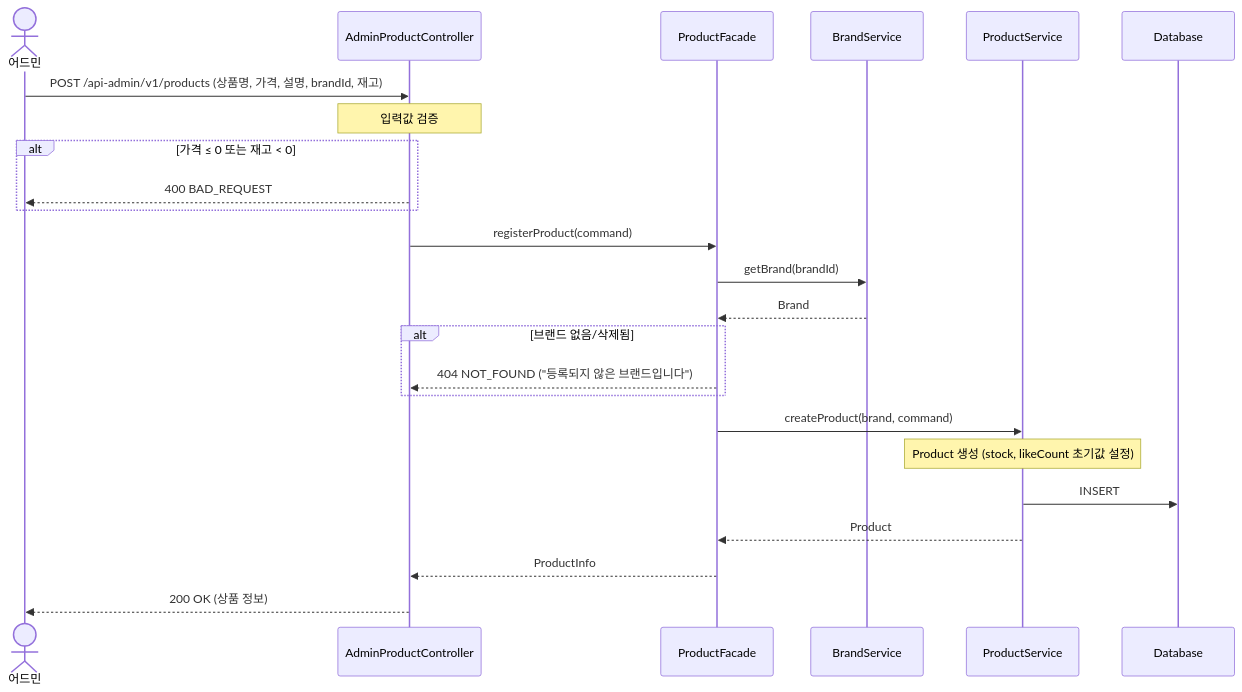
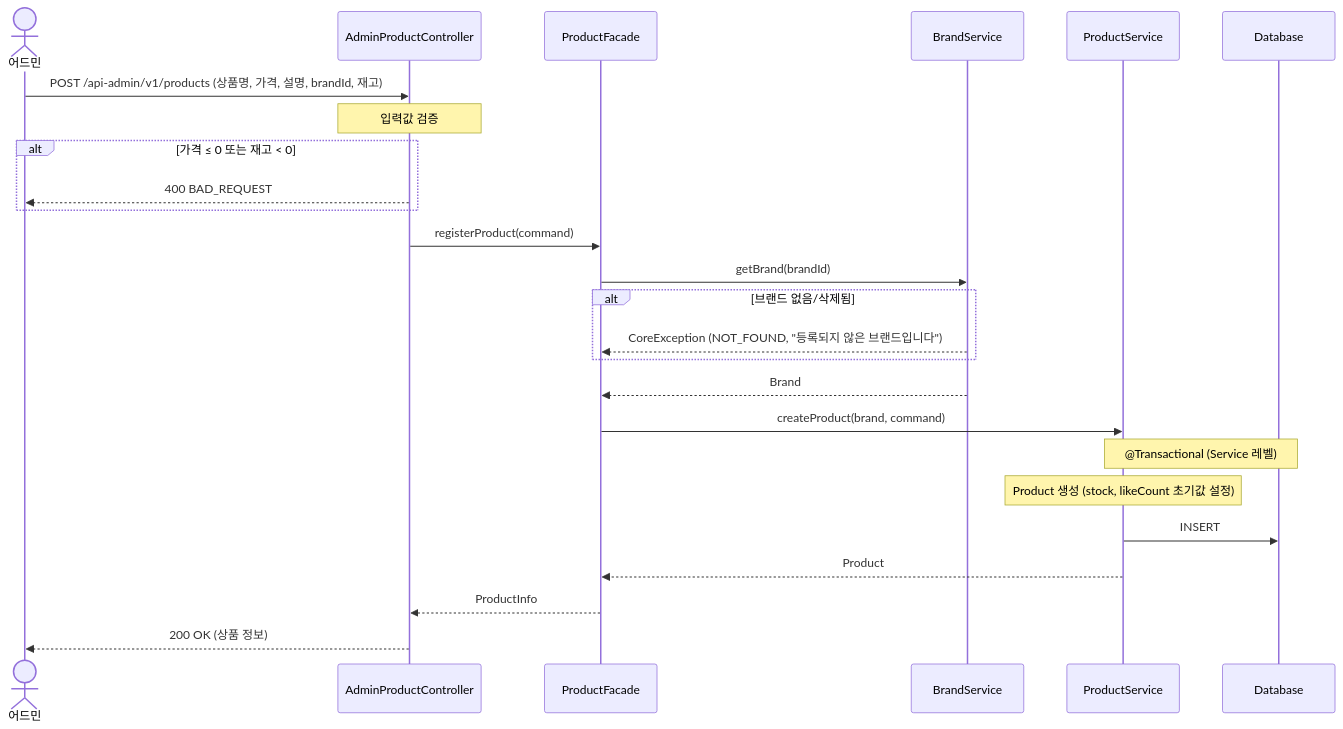
One commit to Loopers-dev-lab/loop-pack-be-l2-vol3-kotlin changed the fifth of 8 diagrams in docs/design/02-sequence-diagrams.md. Above: the diagram before and after it, drawn with Mermaid. The commit also changed other lines of this file, not shown here.

First line of the commit message:
docs: 시퀀스 다이어그램 보완 — 책임 객체, 트랜잭션 경계, 누락 흐름 추가

````diff
--- a/docs/design/02-sequence-diagrams.md
+++ b/docs/design/02-sequence-diagrams.md
@@ -199,33 +215,33 @@
 ```mermaid
 sequenceDiagram
     actor A as 어드민
     participant Ctrl as AdminProductController
     participant F as ProductFacade
     participant BS as BrandService
     participant PS as ProductService
     participant DB as Database
 
     A->>Ctrl: POST /api-admin/v1/products (상품명, 가격, 설명, brandId, 재고)
 
     Note over Ctrl: 입력값 검증
     alt 가격 ≤ 0 또는 재고 < 0
         Ctrl-->>A: 400 BAD_REQUEST
     end
 
     Ctrl->>F: registerProduct(command)
 
     F->>BS: getBrand(brandId)
+    alt 브랜드 없음/삭제됨
+        BS-->>F: CoreException (NOT_FOUND, "등록되지 않은 브랜드입니다")
+    end
     BS-->>F: Brand
 
-    alt 브랜드 없음/삭제됨
-        F-->>Ctrl: 404 NOT_FOUND ("등록되지 않은 브랜드입니다")
-    end
-
     F->>PS: createProduct(brand, command)
+    Note over PS,DB: @Transactional (Service 레벨)
     Note over PS: Product 생성 (stock, likeCount 초기값 설정)
     PS->>DB: INSERT
 
     PS-->>F: Product
     F-->>Ctrl: ProductInfo
     Ctrl-->>A: 200 OK (상품 정보)
 ```
````
